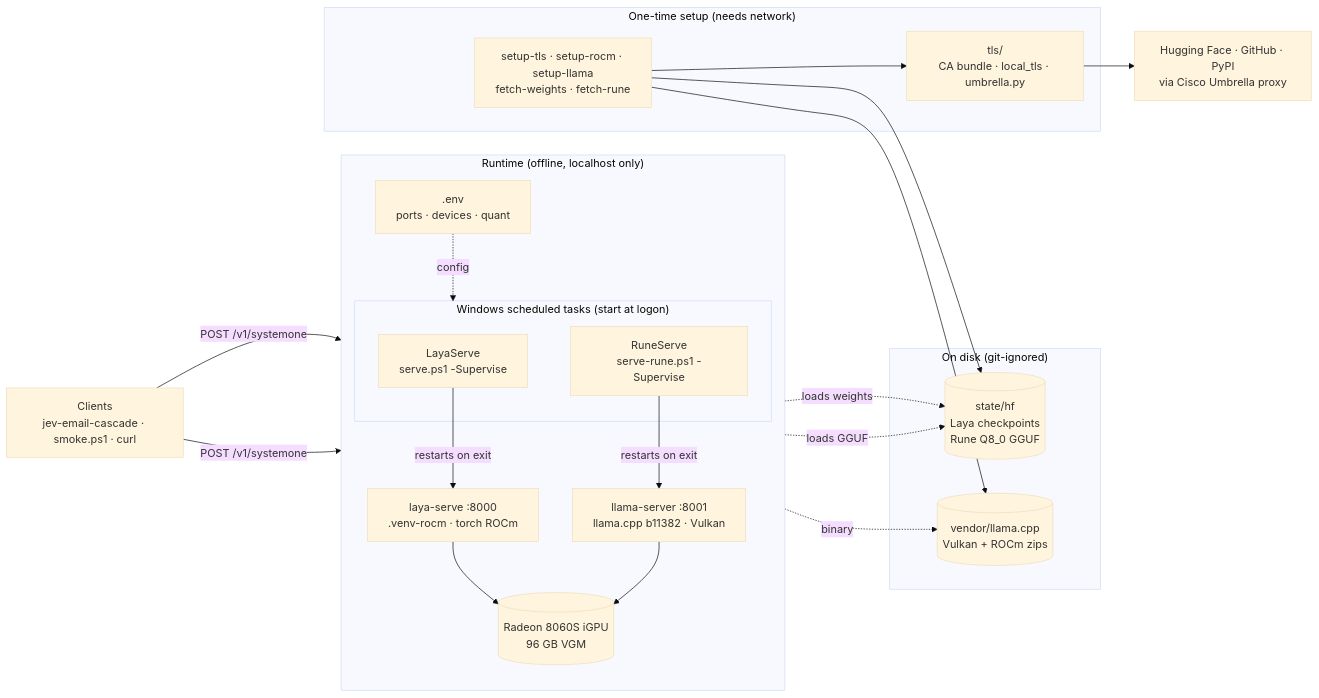
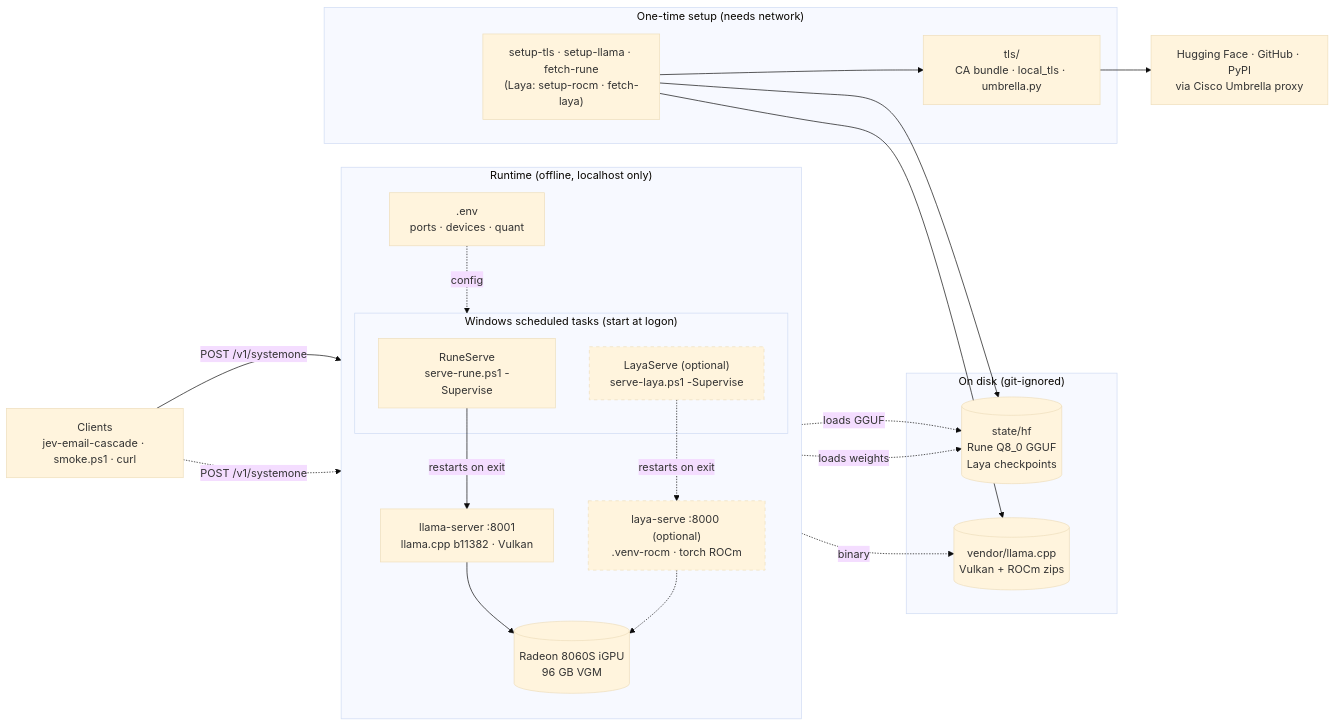
Before and after one commit to skiingfalcon/local-decision-model-halo: the second of 2 diagrams in README.md, drawn with Mermaid (base theme). The commit also changed other lines of this file and 12 other files, not shown here.

First line of the commit message:
Make Rune the default model and Laya optional; explain the project's purpose

````diff
--- a/README.md
+++ b/README.md
@@ -26,42 +36,45 @@
 ```mermaid
 flowchart LR
     clients["Clients<br/>jev-email-cascade · smoke.ps1 · curl"]
 
     subgraph runtime["Runtime (offline, localhost only)"]
         direction TB
         env[".env<br/>ports · devices · quant"]
         subgraph tasks["Windows scheduled tasks (start at logon)"]
-            layaTask["LayaServe<br/>serve.ps1 -Supervise"]
             runeTask["RuneServe<br/>serve-rune.ps1 -Supervise"]
+            layaTask["LayaServe (optional)<br/>serve-laya.ps1 -Supervise"]
         end
-        laya["laya-serve :8000<br/>.venv-rocm · torch ROCm"]
         rune["llama-server :8001<br/>llama.cpp b11382 · Vulkan"]
+        laya["laya-serve :8000 (optional)<br/>.venv-rocm · torch ROCm"]
         gpu[("Radeon 8060S iGPU<br/>96 GB VGM")]
         env -. config .-> tasks
-        layaTask -- "restarts on exit" --> laya
         runeTask -- "restarts on exit" --> rune
-        laya --> gpu
+        layaTask -. "restarts on exit" .-> laya
         rune --> gpu
+        laya -.-> gpu
     end
 
     subgraph disk["On disk (git-ignored)"]
-        hf[("state/hf<br/>Laya checkpoints<br/>Rune Q8_0 GGUF")]
+        hf[("state/hf<br/>Rune Q8_0 GGUF<br/>Laya checkpoints")]
         vendor[("vendor/llama.cpp<br/>Vulkan + ROCm zips")]
     end
 
     subgraph setup["One-time setup (needs network)"]
-        scripts["setup-tls · setup-rocm · setup-llama<br/>fetch-weights · fetch-rune"]
+        scripts["setup-tls · setup-llama · fetch-rune<br/>(Laya: setup-rocm · fetch-laya)"]
         tls["tls/<br/>CA bundle · local_tls · umbrella.py"]
     end
 
     internet["Hugging Face · GitHub · PyPI<br/>via Cisco Umbrella proxy"]
 
-    clients -- "POST /v1/systemone" --> laya
     clients -- "POST /v1/systemone" --> rune
+    clients -. "POST /v1/systemone" .-> laya
+    rune -. "loads GGUF" .-> hf
     laya -. "loads weights" .-> hf
-    rune -. "loads GGUF" .-> hf
     rune -. "binary" .-> vendor
     scripts --> tls --> internet
     scripts --> hf
     scripts --> vendor
+
+    classDef optional stroke-dasharray: 5 5
+    class layaTask,laya optional
 ```
````
